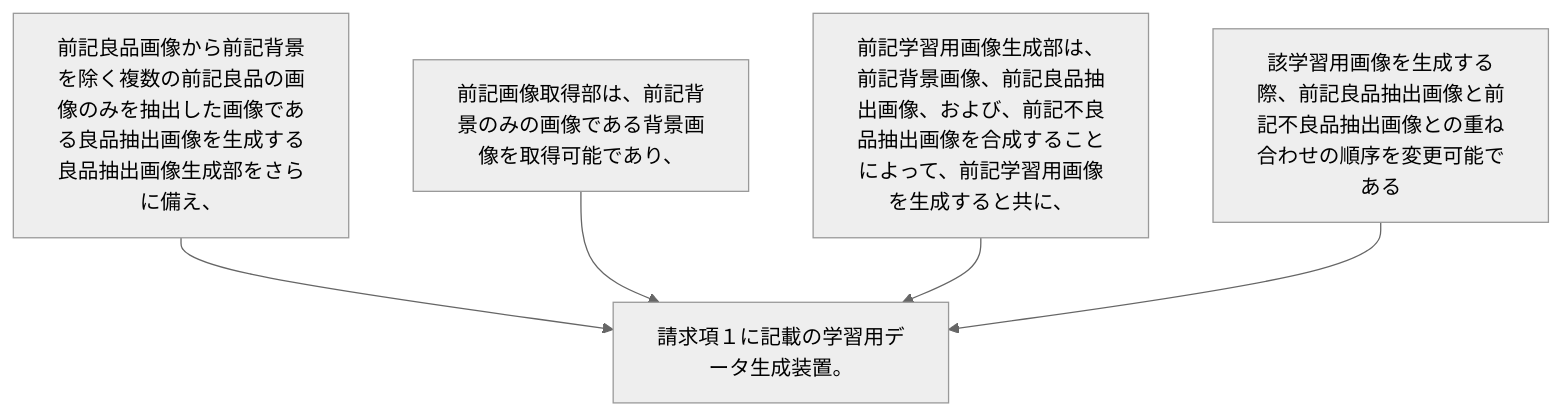
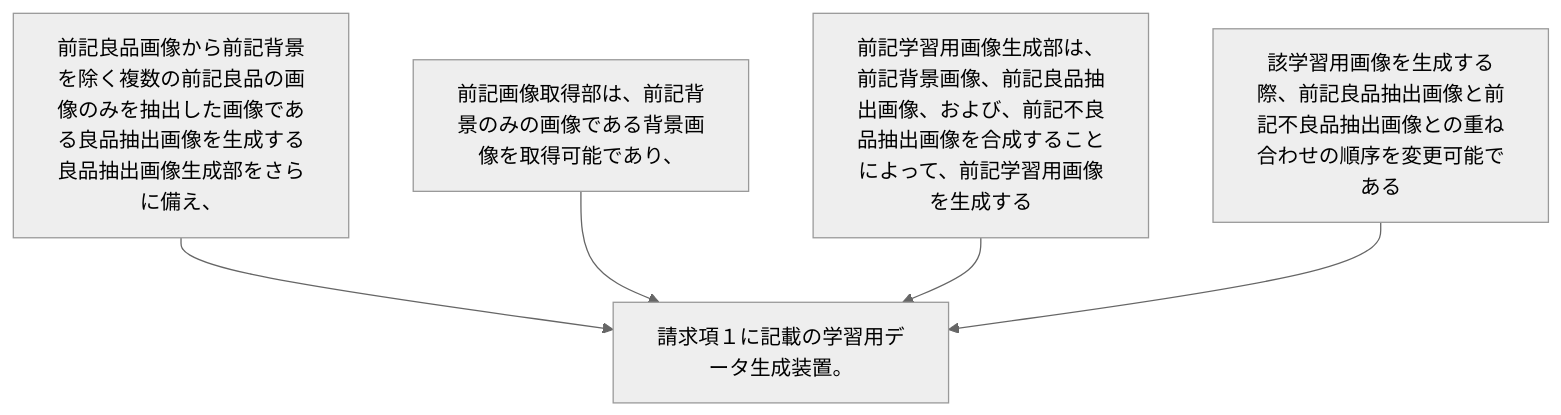
Before and after one commit to shinmori55/patent_analyzed: the diagram in 2024/JP2024000284A/claim_2/README.md, drawn with Mermaid (neutral theme). The commit also changed 19 other files, not shown here.

````diff
--- a/2024/JP2024000284A/claim_2/README.md
+++ b/2024/JP2024000284A/claim_2/README.md
@@ -5,12 +5,12 @@
 ```mermaid
 flowchart TD
 A[前記良品画像から前記背景を除く複数の前記良品の画像のみを抽出した画像である良品抽出画像を生成する良品抽出画像生成部をさらに備え、]
 B[前記画像取得部は、前記背景のみの画像である背景画像を取得可能であり、]
-C[前記学習用画像生成部は、前記背景画像、前記良品抽出画像、および、前記不良品抽出画像を合成することによって、前記学習用画像を生成すると共に、]
+C[前記学習用画像生成部は、前記背景画像、前記良品抽出画像、および、前記不良品抽出画像を合成することによって、前記学習用画像を生成する]
 D[該学習用画像を生成する際、前記良品抽出画像と前記不良品抽出画像との重ね合わせの順序を変更可能である]
 E[請求項１に記載の学習用データ生成装置。]
 A --> E
 B --> E
 C --> E
 D --> E
 ```
````
